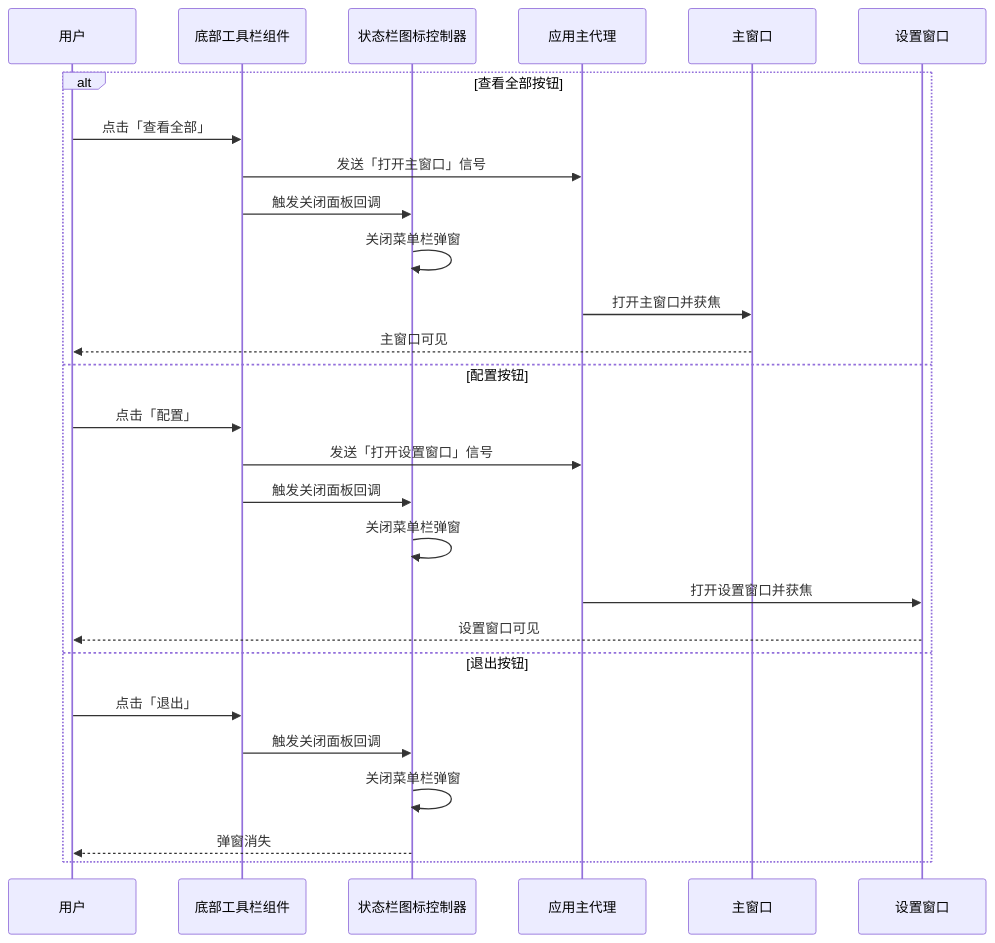
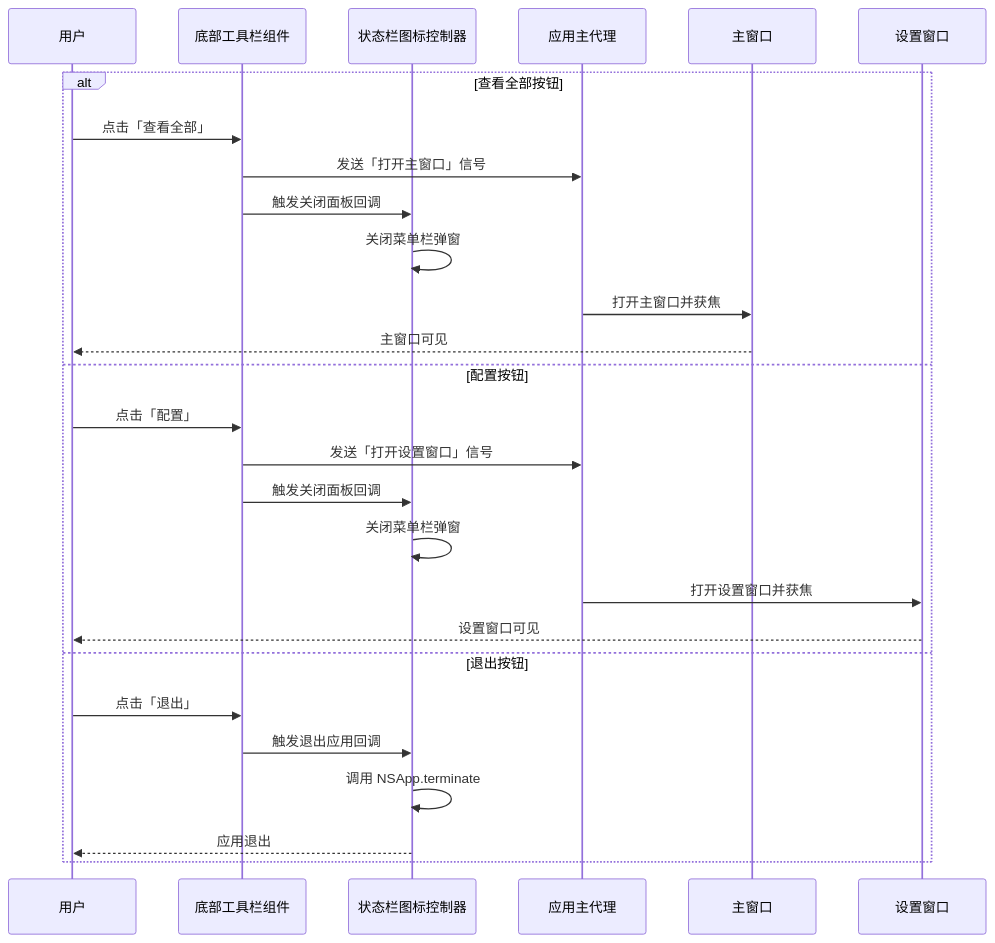
One commit to marcocpt/ClipMind changed the sixth of 11 diagrams in docs/planning/P0/F1/F1.11_菜单栏弹窗双击粘贴_设计文档.md. Above: the diagram before and after it, drawn with Mermaid. The commit also changed other lines of this file and 2 other files, not shown here.

````diff
--- a/docs/planning/P0/F1/F1.11_菜单栏弹窗双击粘贴_设计文档.md
+++ b/docs/planning/P0/F1/F1.11_菜单栏弹窗双击粘贴_设计文档.md
@@ -386,30 +386,30 @@
 ```mermaid
 sequenceDiagram
     participant User as 用户
     participant Bottom as 底部工具栏组件
     participant Status as 状态栏图标控制器
     participant Delegate as 应用主代理
     participant MainWindow as 主窗口
     participant Settings as 设置窗口
 
     alt 查看全部按钮
         User->>Bottom: 点击「查看全部」
         Bottom->>Delegate: 发送「打开主窗口」信号
         Bottom->>Status: 触发关闭面板回调
         Status->>Status: 关闭菜单栏弹窗
         Delegate->>MainWindow: 打开主窗口并获焦
         MainWindow-->>User: 主窗口可见
     else 配置按钮
         User->>Bottom: 点击「配置」
         Bottom->>Delegate: 发送「打开设置窗口」信号
         Bottom->>Status: 触发关闭面板回调
         Status->>Status: 关闭菜单栏弹窗
         Delegate->>Settings: 打开设置窗口并获焦
         Settings-->>User: 设置窗口可见
     else 退出按钮
         User->>Bottom: 点击「退出」
-        Bottom->>Status: 触发关闭面板回调
-        Status->>Status: 关闭菜单栏弹窗
-        Status-->>User: 弹窗消失
+        Bottom->>Status: 触发退出应用回调
+        Status->>Status: 调用 NSApp.terminate
+        Status-->>User: 应用退出
     end
 ```
````
